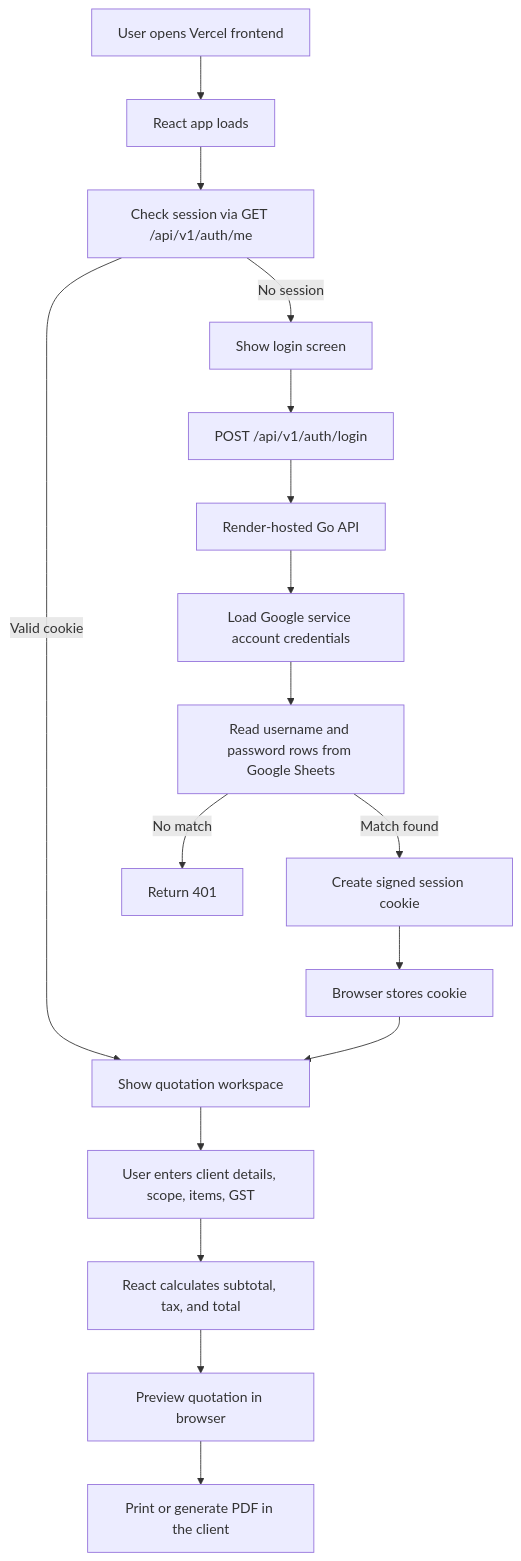
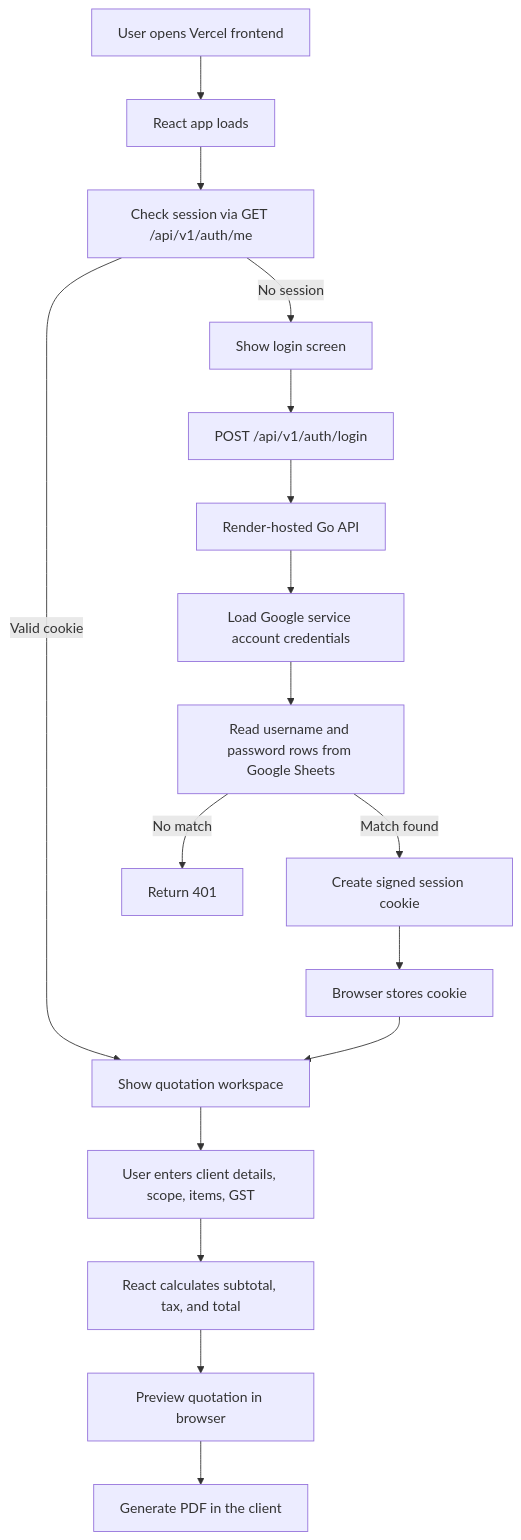
One commit to harshpratapmall/Quotify changed the diagram in README.md. Above: the diagram before and after it, drawn with Mermaid. The commit also changed other lines of this file and 21 other files, not shown here.

````diff
--- a/README.md
+++ b/README.md
@@ -13,19 +13,19 @@
 ```mermaid
 flowchart TD
     A[User opens Vercel frontend] --> B[React app loads]
     B --> C[Check session via GET /api/v1/auth/me]
     C -->|Valid cookie| D[Show quotation workspace]
     C -->|No session| E[Show login screen]
     E --> F[POST /api/v1/auth/login]
     F --> G[Render-hosted Go API]
     G --> H[Load Google service account credentials]
     H --> I[Read username and password rows from Google Sheets]
     I -->|Match found| J[Create signed session cookie]
     I -->|No match| K[Return 401]
     J --> L[Browser stores cookie]
     L --> D
     D --> M[User enters client details, scope, items, GST]
     M --> N[React calculates subtotal, tax, and total]
     N --> O[Preview quotation in browser]
-    O --> P[Print or generate PDF in the client]
+    O --> P[Generate PDF in the client]
 ```
````
